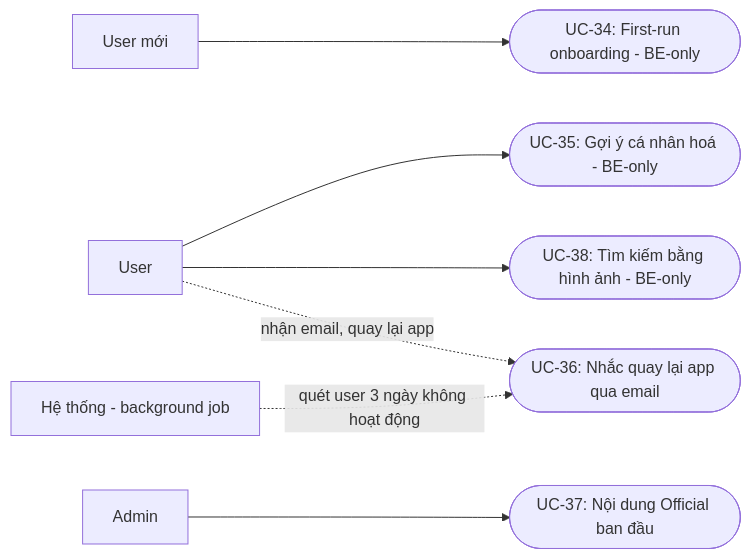
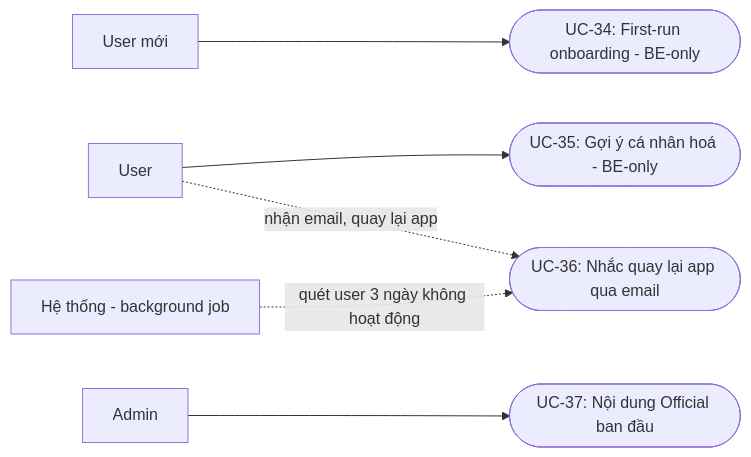
One commit to TriDV010203/backend_OriMate changed the tenth of 10 diagrams in docs/FT_FE_SC_AsImplemented.md. Above: the diagram before and after it, drawn with Mermaid. The commit also changed other lines of this file and 58 other files, not shown here.

````diff
--- a/docs/FT_FE_SC_AsImplemented.md
+++ b/docs/FT_FE_SC_AsImplemented.md
@@ -755,20 +754,18 @@
 ```mermaid
 flowchart LR
     NewUser[User mới]
     User[User]
     Admin[Admin]
     Job[Hệ thống - background job]
 
     UC34([UC-34: First-run onboarding - BE-only])
     UC35([UC-35: Gợi ý cá nhân hoá - BE-only])
     UC36([UC-36: Nhắc quay lại app qua email])
     UC37([UC-37: Nội dung Official ban đầu])
-    UC38([UC-38: Tìm kiếm bằng hình ảnh - BE-only])
 
     NewUser --> UC34
     User --> UC35
-    User --> UC38
     Admin --> UC37
     Job -.->|quét user 3 ngày không hoạt động| UC36
     User -.->|nhận email, quay lại app| UC36
 ```
````
